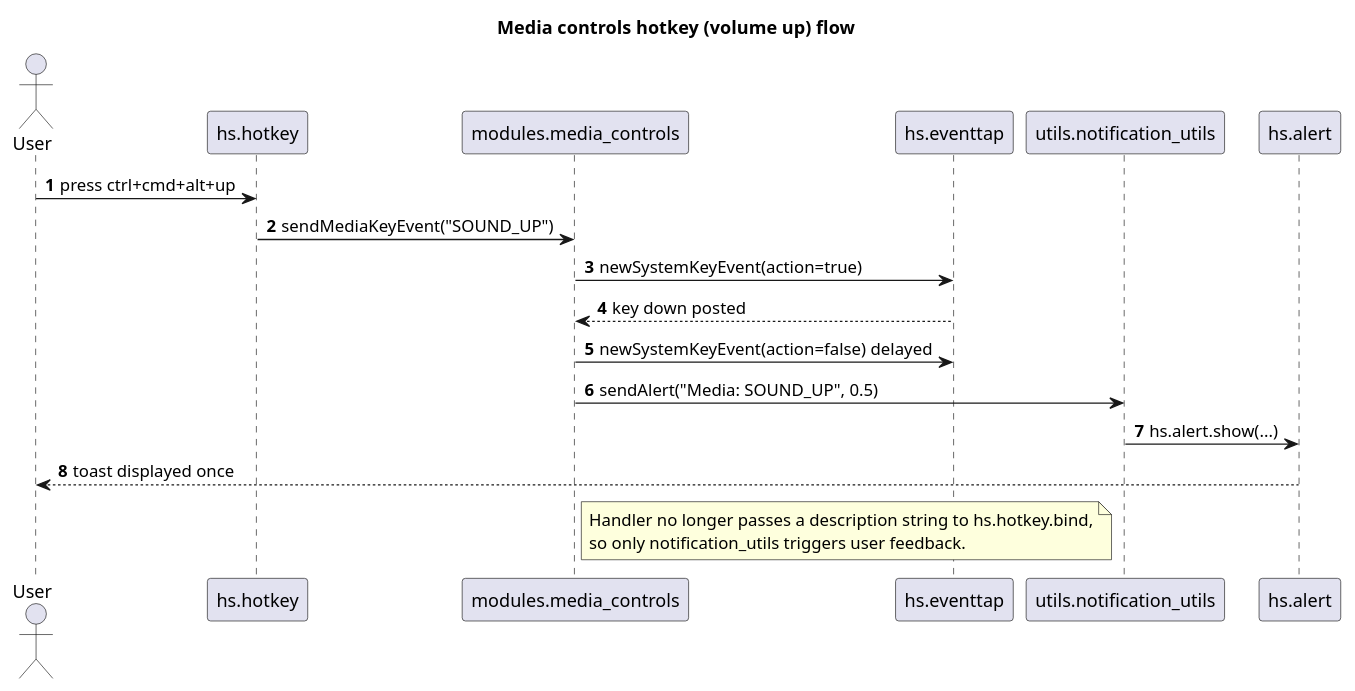
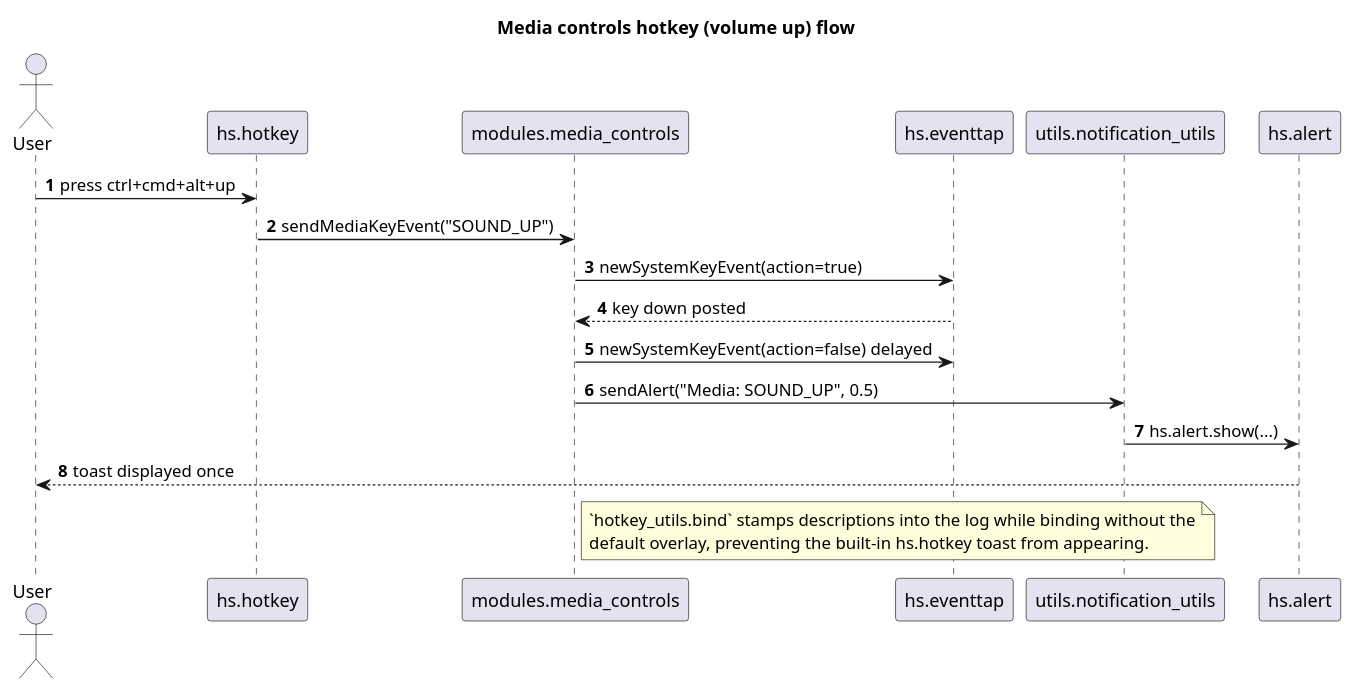
Before and after one commit to CsHeng/dot-hammerspoon: the diagram in docs/media_controls_sequence.puml, drawn with PlantUML. The commit also changed 20 other files, not shown here.

```diff
--- a/docs/media_controls_sequence.puml
+++ b/docs/media_controls_sequence.puml
@@ -1,27 +1,27 @@
 @startuml MediaControlsSequence
 title Media controls hotkey (volume up) flow
 
 actor User as user
 participant "hs.hotkey" as hotkey
 participant "modules.media_controls" as media
 participant "hs.eventtap" as eventtap
 participant "utils.notification_utils" as notification
 participant "hs.alert" as alert
 
 autonumber
 
 user -> hotkey: press ctrl+cmd+alt+up
 hotkey -> media: sendMediaKeyEvent("SOUND_UP")
 media -> eventtap: newSystemKeyEvent(action=true)
 eventtap --> media: key down posted
 media -> eventtap: newSystemKeyEvent(action=false) delayed
 media -> notification: sendAlert("Media: SOUND_UP", 0.5)
 notification -> alert: hs.alert.show(...)
 alert --> user: toast displayed once
 
 note right of media
-Handler no longer passes a description string to hs.hotkey.bind,
-so only notification_utils triggers user feedback.
+`hotkey_utils.bind` stamps descriptions into the log while binding without the
+default overlay, preventing the built-in hs.hotkey toast from appearing.
 end note
 
 @enduml
```
